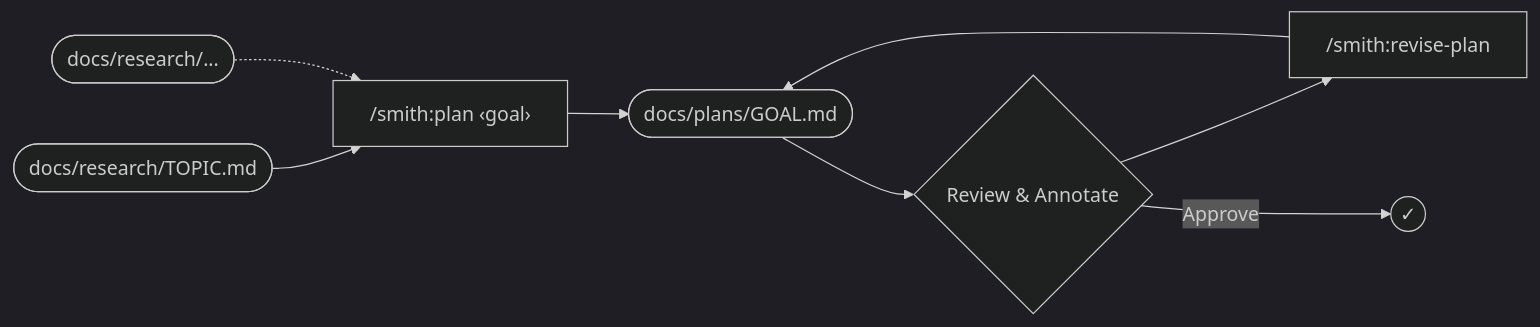
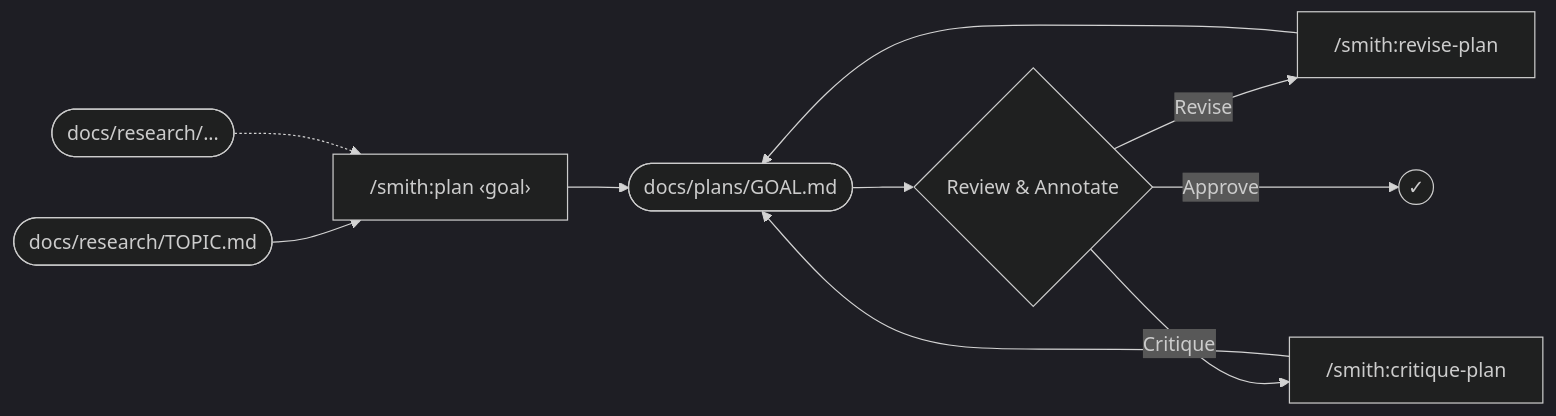
The second of 4 diagrams in smith/README.md (brettbuddin/claude-plugins), drawn with Mermaid (dark theme) before and after one commit. The commit also changed other lines of this file and 2 other files, not shown here.

````diff
--- a/smith/README.md
+++ b/smith/README.md
@@ -42,9 +47,10 @@
 ```mermaid
 flowchart LR
     R1(["docs/research/TOPIC.md"]) --> P["/smith:plan ‹goal›"]
     R2(["docs/research/..."]) -.-> P
     P --> PD(["docs/plans/GOAL.md"])
     PD --> PR{"Review & Annotate"}
-    PR --> PV["/smith:revise-plan"] --> PD
+    PR -->|Revise| PV["/smith:revise-plan"] --> PD
+    PR -->|Critique| CP["/smith:critique-plan"] --> PD
     PR -->|Approve| Done((✓))
 ```
````
